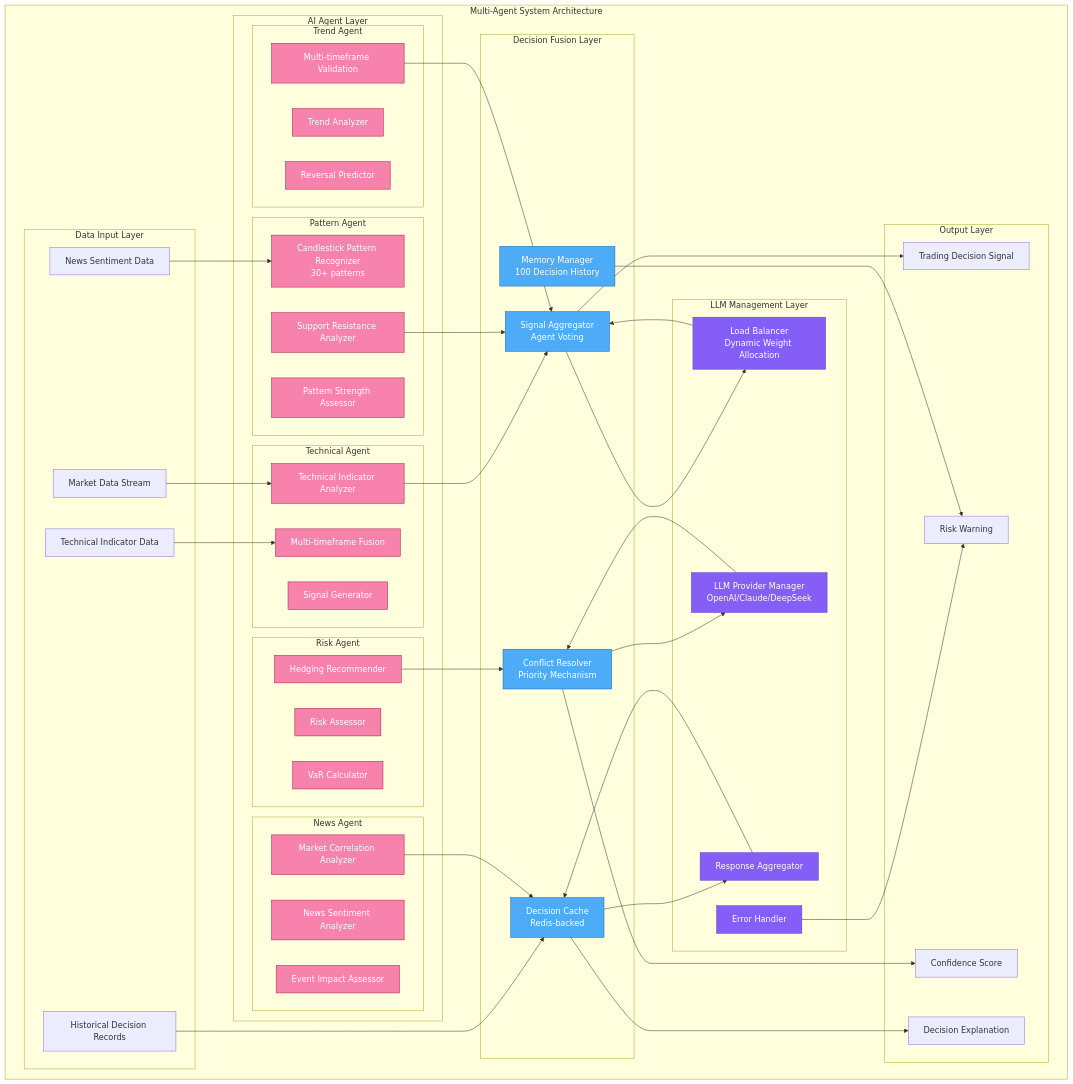
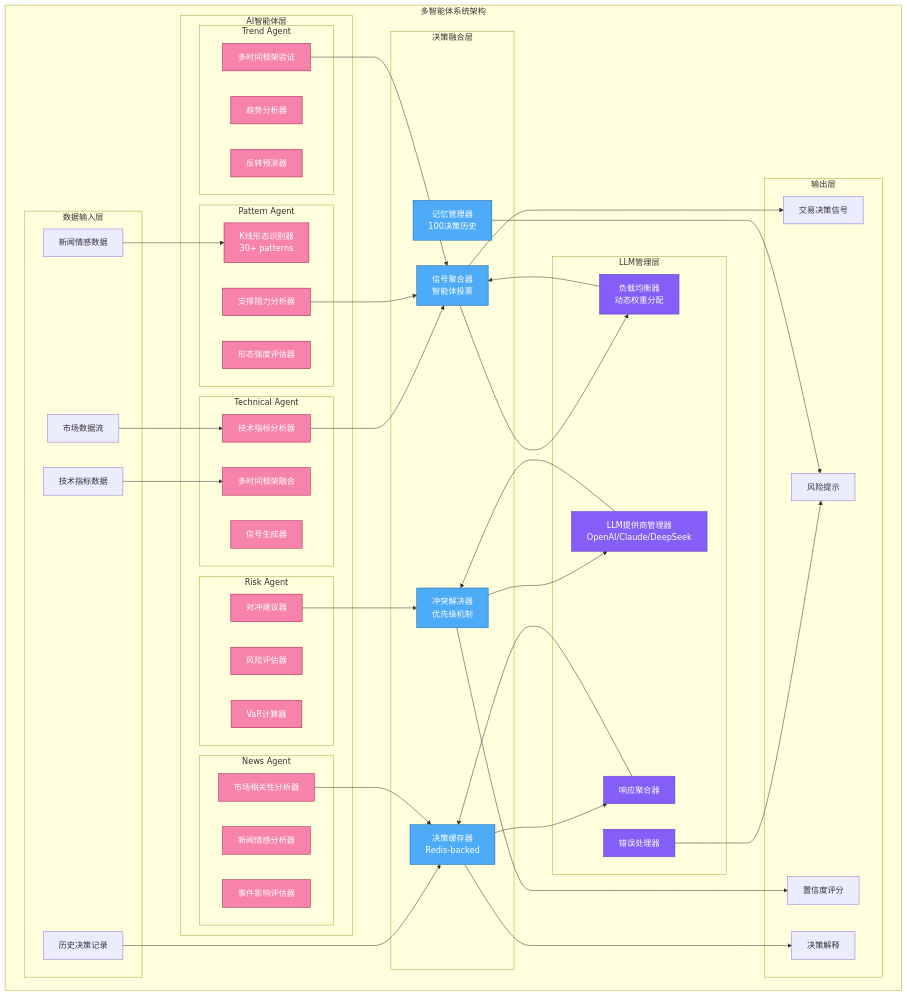
Before and after one commit to zcxGGmu/DeepAlpha: the third of 12 diagrams in README.zh.md, drawn with Mermaid. The commit also changed other lines of this file and 1 other file, not shown here.

````diff
--- a/README.zh.md
+++ b/README.zh.md
@@ -423,64 +422,64 @@
 ```mermaid
 graph TB
-    subgraph "Multi-Agent System Architecture"
-        subgraph "Data Input Layer"
-            DI1[Market Data Stream]
-            DI2[Technical Indicator Data]
-            DI3[News Sentiment Data]
-            DI4[Historical Decision Records]
+    subgraph "多智能体系统架构"
+        subgraph "数据输入层"
+            DI1[市场数据流]
+            DI2[技术指标数据]
+            DI3[新闻情感数据]
+            DI4[历史决策记录]
         end
 
-        subgraph "AI Agent Layer"
+        subgraph "AI智能体层"
             subgraph "Technical Agent"
-                TA1[Technical Indicator Analyzer]
-                TA2[Multi-timeframe Fusion]
-                TA3[Signal Generator]
+                TA1[技术指标分析器]
+                TA2[多时间框架融合]
+                TA3[信号生成器]
             end
 
             subgraph "Pattern Agent"
-                PA1[Candlestick Pattern Recognizer<br/>30+ patterns]
-                PA2[Support Resistance Analyzer]
-                PA3[Pattern Strength Assessor]
+                PA1[K线形态识别器<br/>30+ patterns]
+                PA2[支撑阻力分析器]
+                PA3[形态强度评估器]
             end
 
             subgraph "Trend Agent"
-                TR1[Trend Analyzer]
-                TR2[Multi-timeframe Validation]
-                TR3[Reversal Predictor]
+                TR1[趋势分析器]
+                TR2[多时间框架验证]
+                TR3[反转预测器]
             end
 
             subgraph "Risk Agent"
-                RA1[Risk Assessor]
-                RA2[VaR Calculator]
-                RA3[Hedging Recommender]
+                RA1[风险评估器]
+                RA2[VaR计算器]
+                RA3[对冲建议器]
             end
 
             subgraph "News Agent"
-                NA1[News Sentiment Analyzer]
-                NA2[Event Impact Assessor]
-                NA3[Market Correlation Analyzer]
+                NA1[新闻情感分析器]
+                NA2[事件影响评估器]
+                NA3[市场相关性分析器]
             end
         end
 
-        subgraph "LLM Management Layer"
-            LM1[Load Balancer<br/>Dynamic Weight Allocation]
-            LM2[LLM Provider Manager<br/>OpenAI/Claude/DeepSeek]
-            LM3[Response Aggregator]
-            LM4[Error Handler]
+        subgraph "LLM管理层"
+            LM1[负载均衡器<br/>动态权重分配]
+            LM2[LLM提供商管理器<br/>OpenAI/Claude/DeepSeek]
+            LM3[响应聚合器]
+            LM4[错误处理器]
         end
 
-        subgraph "Decision Fusion Layer"
-            DF1[Signal Aggregator<br/>Agent Voting]
-            DF2[Conflict Resolver<br/>Priority Mechanism]
-            DF3[Decision Cache<br/>Redis-backed]
-            DF4[Memory Manager<br/>100 Decision History]
+        subgraph "决策融合层"
+            DF1[信号聚合器<br/>智能体投票]
+            DF2[冲突解决器<br/>优先级机制]
+            DF3[决策缓存器<br/>Redis-backed]
+            DF4[记忆管理器<br/>100决策历史]
         end
 
-        subgraph "Output Layer"
-            OU1[Trading Decision Signal]
-            OU2[Confidence Score]
-            OU3[Decision Explanation]
-            OU4[Risk Warning]
+        subgraph "输出层"
+            OU1[交易决策信号]
+            OU2[置信度评分]
+            OU3[决策解释]
+            OU4[风险提示]
         end
     end
 
````
